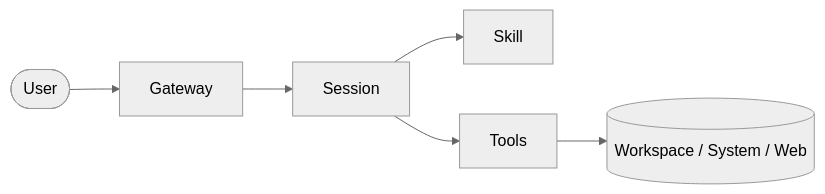
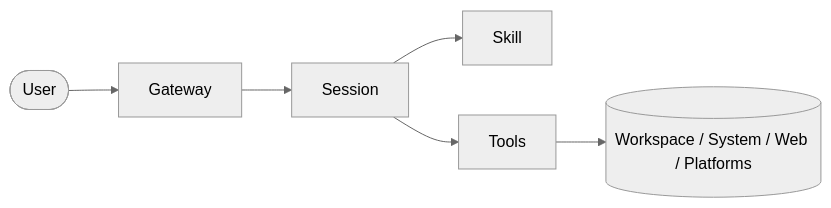
One commit to xzgilhm/agent_docs changed the diagram in learning/openclaw/05-tools.md. Above: the diagram before and after it, drawn with Mermaid (neutral theme). The commit also changed other lines of this file, not shown here.

````diff
--- a/learning/openclaw/05-tools.md
+++ b/learning/openclaw/05-tools.md
@@ -41,8 +63,8 @@
 ```mermaid
 flowchart LR
     U([User]) --> G[Gateway]
     G --> S[Session]
     S --> K[Skill]
     S --> T[Tools]
-    T --> W[(Workspace / System / Web)]
+    T --> W[(Workspace / System / Web / Platforms)]
 ```
````
